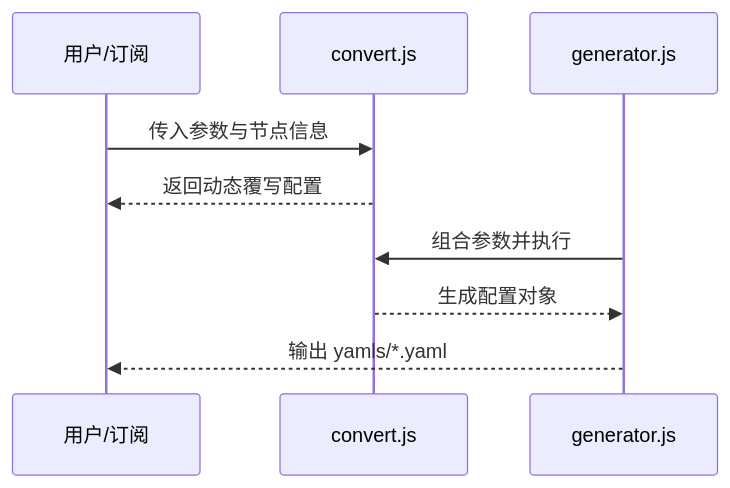
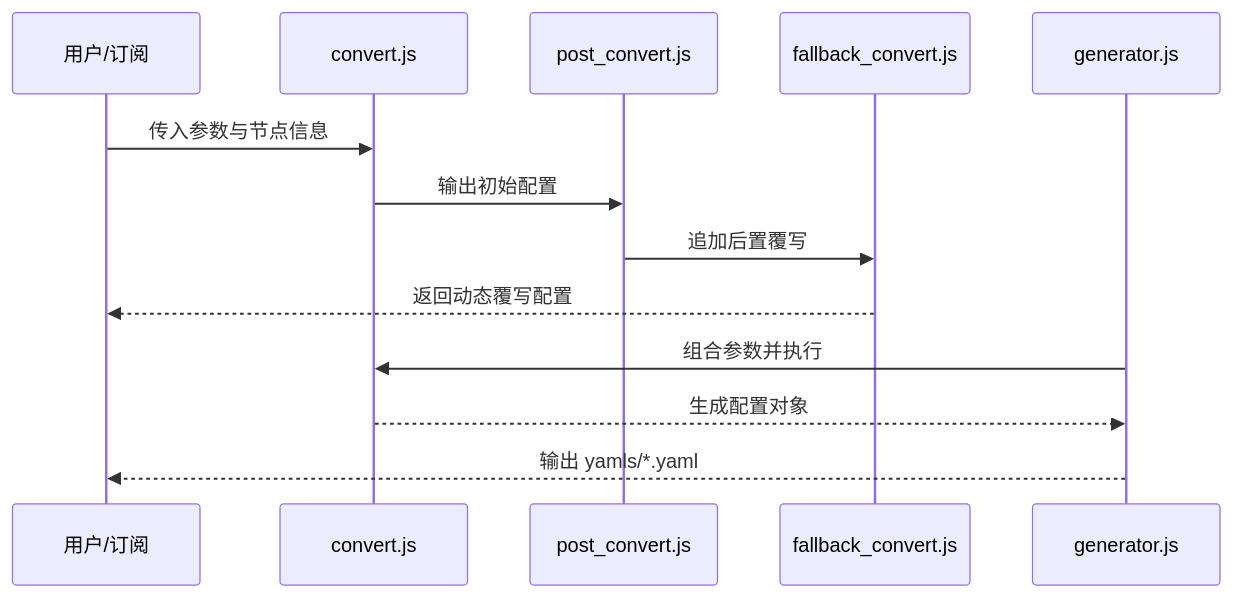
Before and after one commit to xgblack/override-rules: the second of 2 diagrams in helloagents/wiki/arch.md, drawn with Mermaid. The commit also changed other lines of this file and 5 other files, not shown here.

First line of the commit message:
✨feat(convert): 添加兜底覆写脚本 fallback_convert.js

````diff
--- a/helloagents/wiki/arch.md
+++ b/helloagents/wiki/arch.md
@@ -19,11 +21,15 @@
 ```mermaid
 sequenceDiagram
     participant User as 用户/订阅
     participant Convert as convert.js
+    participant Post as post_convert.js
+    participant Fallback as fallback_convert.js
     participant Gen as generator.js
     User->>Convert: 传入参数与节点信息
-    Convert-->>User: 返回动态覆写配置
+    Convert->>Post: 输出初始配置
+    Post->>Fallback: 追加后置覆写
+    Fallback-->>User: 返回动态覆写配置
     Gen->>Convert: 组合参数并执行
     Convert-->>Gen: 生成配置对象
     Gen-->>User: 输出 yamls/*.yaml
 ```
````
